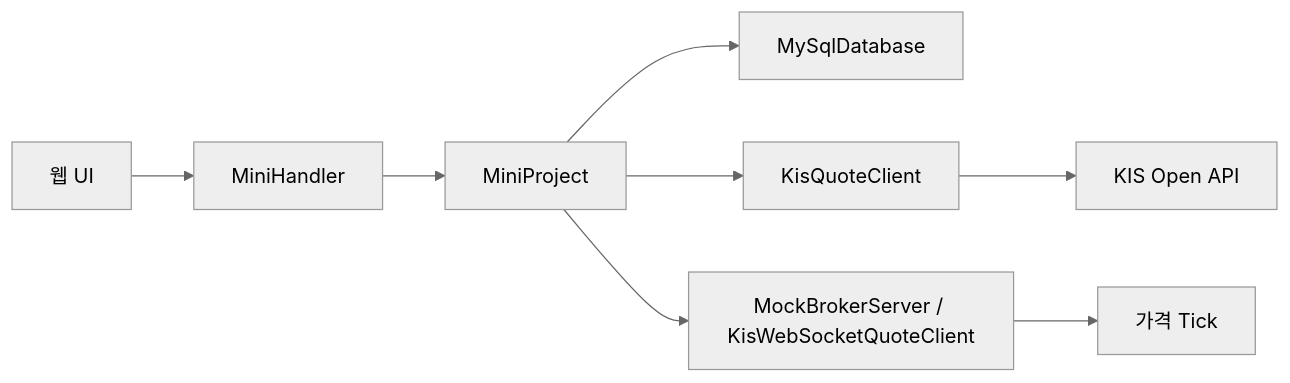
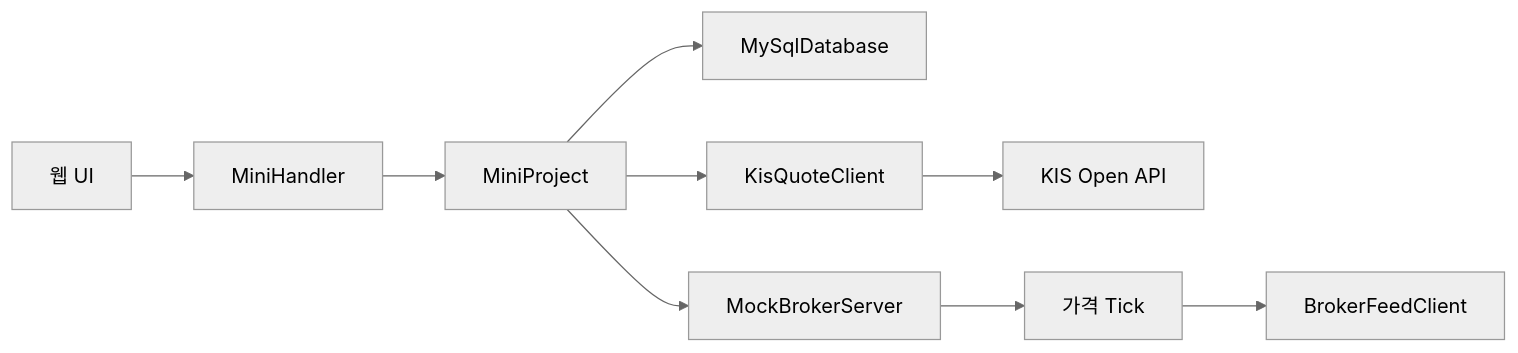
Before and after one commit to osangmin51-spec/javaproject: the first of 2 diagrams in docs/presentation-slides.md, drawn with Mermaid (neutral theme). The commit also changed other lines of this file and 5 other files, not shown here.

````diff
--- a/docs/presentation-slides.md
+++ b/docs/presentation-slides.md
@@ -28,10 +36,11 @@
 ```mermaid
 flowchart LR
     Browser["웹 UI"] --> Handler["MiniHandler"]
     Handler --> Project["MiniProject"]
     Project --> DB["MySqlDatabase"]
     Project --> KIS["KisQuoteClient"]
     KIS --> API["KIS Open API"]
-    Project --> Broker["MockBrokerServer / KisWebSocketQuoteClient"]
-    Broker --> Tick["가격 Tick"]
+    Project --> Mock["MockBrokerServer"]
+    Mock --> Tick["가격 Tick"]
+    Tick --> Client["BrokerFeedClient"]
 ```
````
